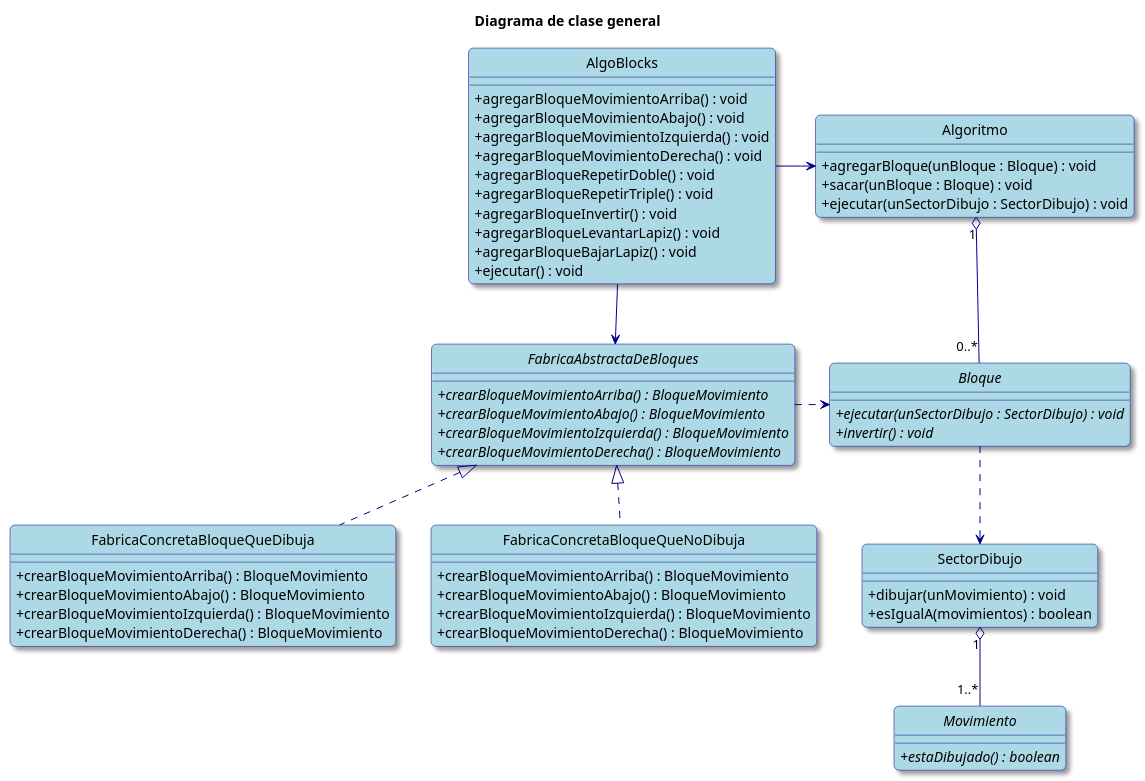
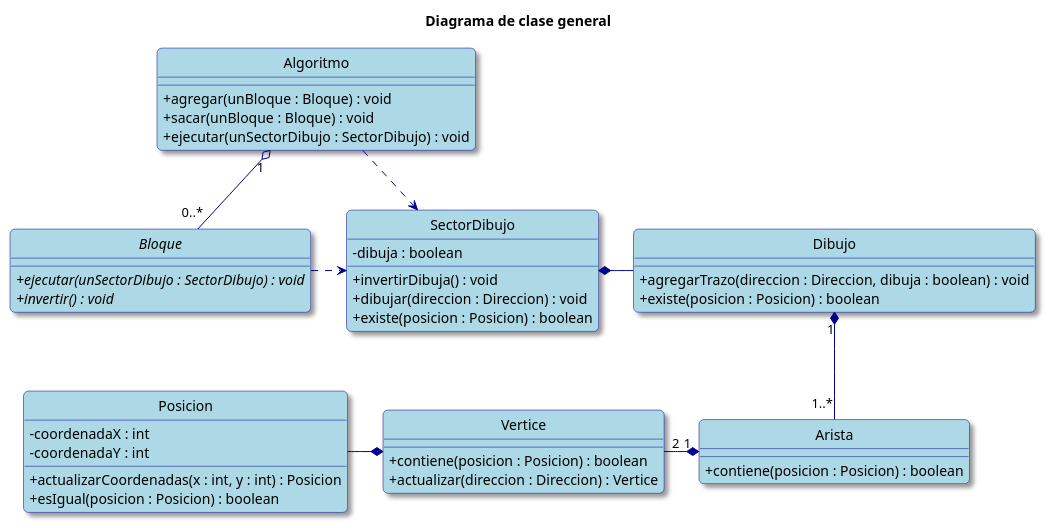
Before and after one commit to valva-ro/Algo3-TP2-AlgoBlocks: the first of 7 diagrams in diagramas-uml.puml, drawn with PlantUML. The commit also changed other lines of this file and 34 other files, not shown here.

```diff
--- a/diagramas-uml.puml
+++ b/diagramas-uml.puml
@@ -1,80 +1,67 @@
 @startuml
 hide circle
 skinparam classAttributeIconSize 0
 skinparam backgroundColor White
 skinparam RoundCorner 10
 skinparam Shadowing true
 
 skinparam class {
     ArrowColor DarkBlue
     BackgroundColor LightBlue
     BorderColor DarkBlue
 }
 
 skinparam note {
     BackgroundColor LightYellow
     BorderColor DarkBlue
 }
 
 title Diagrama de clase general
 
-class AlgoBlocks {
-    + agregarBloqueMovimientoArriba() : void
-    + agregarBloqueMovimientoAbajo() : void
-    + agregarBloqueMovimientoIzquierda() : void
-    + agregarBloqueMovimientoDerecha() : void
-    + agregarBloqueRepetirDoble() : void
-    + agregarBloqueRepetirTriple() : void
-    + agregarBloqueInvertir() : void
-    + agregarBloqueLevantarLapiz() : void
-    + agregarBloqueBajarLapiz() : void
-    + ejecutar() : void
-}
-
-interface FabricaAbstractaDeBloques {
-    + {abstract} crearBloqueMovimientoArriba() : BloqueMovimiento
-    + {abstract} crearBloqueMovimientoAbajo() : BloqueMovimiento
-    + {abstract} crearBloqueMovimientoIzquierda() : BloqueMovimiento
-    + {abstract} crearBloqueMovimientoDerecha() : BloqueMovimiento
-}
-class FabricaConcretaBloqueQueDibuja {
-    + crearBloqueMovimientoArriba() : BloqueMovimiento
-    + crearBloqueMovimientoAbajo() : BloqueMovimiento
-    + crearBloqueMovimientoIzquierda() : BloqueMovimiento
-    + crearBloqueMovimientoDerecha() : BloqueMovimiento
-}
-class FabricaConcretaBloqueQueNoDibuja {
-    + crearBloqueMovimientoArriba() : BloqueMovimiento
-    + crearBloqueMovimientoAbajo() : BloqueMovimiento
-    + crearBloqueMovimientoIzquierda() : BloqueMovimiento
-    + crearBloqueMovimientoDerecha() : BloqueMovimiento
-}
-
 interface Bloque {
     + {abstract} ejecutar(unSectorDibujo : SectorDibujo) : void
     + {abstract} invertir() : void
 }
 
 class SectorDibujo {
-    + dibujar(unMovimiento) : void
-    + esIgualA(movimientos) : boolean
-}
-
-interface Movimiento {
-    + {abstract} estaDibujado() : boolean
+    - dibuja : boolean
+    + invertirDibuja() : void
+    + dibujar(direccion : Direccion) : void
+    + existe(posicion : Posicion) : boolean
 }
 
 class Algoritmo {
-    + agregarBloque(unBloque : Bloque) : void
+    + agregar(unBloque : Bloque) : void
     + sacar(unBloque : Bloque) : void
     + ejecutar(unSectorDibujo : SectorDibujo) : void
 }
+
+class Dibujo {
+    + agregarTrazo(direccion : Direccion, dibuja : boolean) : void
+    + existe(posicion : Posicion) : boolean
+}
+
+class Arista {
+    + contiene(posicion : Posicion) : boolean
+}
+
+class Vertice {
+    + contiene(posicion : Posicion) : boolean
+    + actualizar(direccion : Direccion) : Vertice
+}
+
+class Posicion {
+    - coordenadaX : int
+    - coordenadaY : int
+    + actualizarCoordenadas(x : int, y : int) : Posicion
+    + esIgual(posicion : Posicion) : boolean
+}
+
 Algoritmo "1" o-- "0..*" Bloque
-Bloque ..> SectorDibujo
-SectorDibujo "1" o-- "1..*" Movimiento
-FabricaAbstractaDeBloques .> Bloque
-AlgoBlocks -> Algoritmo
-AlgoBlocks --> FabricaAbstractaDeBloques
-FabricaAbstractaDeBloques <|.. FabricaConcretaBloqueQueDibuja
-FabricaAbstractaDeBloques <|.. FabricaConcretaBloqueQueNoDibuja
+Algoritmo ..> SectorDibujo
+Bloque ..right> SectorDibujo
+SectorDibujo *--right Dibujo
+Dibujo "1" *-- "1..*" Arista
+Arista "1" *--left "2" Vertice
+Vertice *--left Posicion
 @enduml
```
